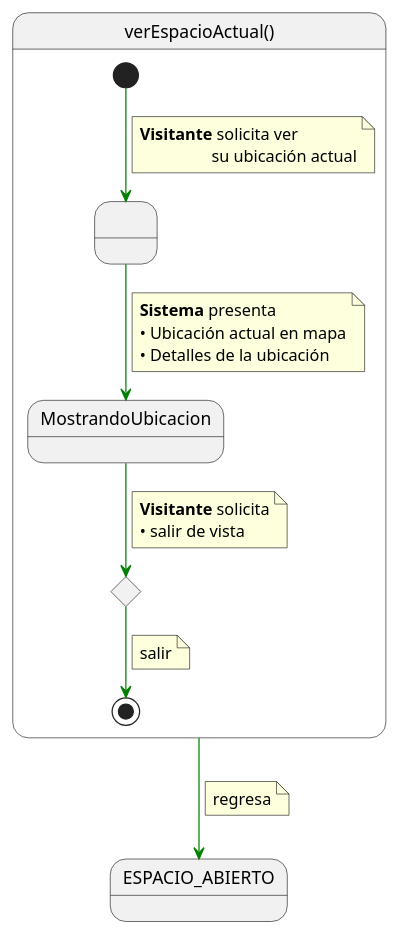
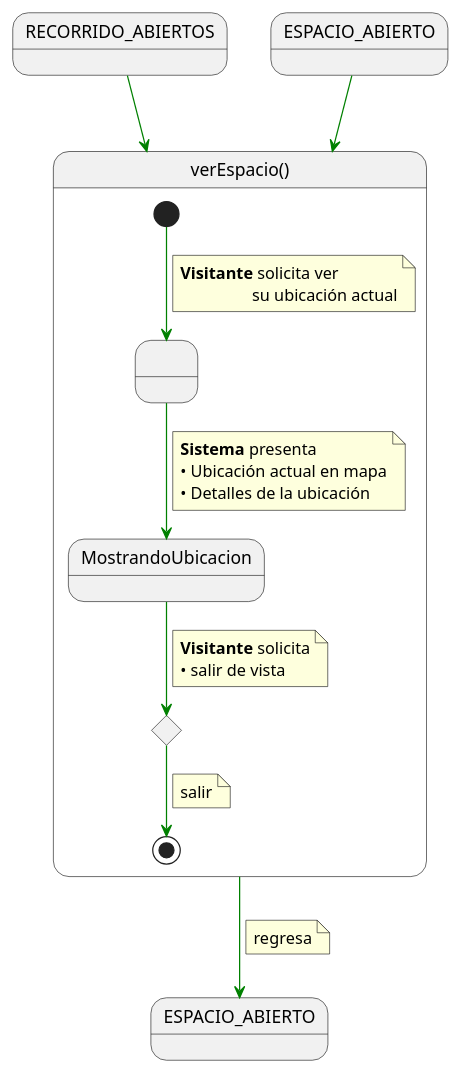
One commit to Camila-Lesly/25-26-idsw1-sdr changed the diagram in documentos/01-casoDeUso/3-DetallarCasosDeUso/1-Visitante/verEspacio/verEspacio.puml. Above: the diagram before and after it, drawn with PlantUML. The commit also changed 22 other files, not shown here.

```diff
--- a/documentos/01-casoDeUso/3-DetallarCasosDeUso/1-Visitante/verEspacio/verEspacio.puml
+++ b/documentos/01-casoDeUso/3-DetallarCasosDeUso/1-Visitante/verEspacio/verEspacio.puml
@@ -1,39 +1,45 @@
 @startuml
 skinparam linetype polyline
 
-state verEspacioActual as "verEspacioActual()" {
+
+state in1 as "RECORRIDO_ABIERTOS"
+in1 -[#green]-> verEspacio
+state in2 as "ESPACIO_ABIERTO"
+in2 -[#green]-> verEspacio
+
+state verEspacio as "verEspacio()" {
 
     state " " as olicitandoVerUbicacion
     state "MostrandoUbicacion" as MostrandoUbicacion
     state c <<choice>>
 
     [*] -[#green]-> olicitandoVerUbicacion 
     note on link
     <b>Visitante</b> solicita ver 
                      su ubicación actual
     end note    
     
     olicitandoVerUbicacion -[#green]-> MostrandoUbicacion
     note on link
     <b>Sistema</b> presenta
     • Ubicación actual en mapa
     • Detalles de la ubicación
     end note
     
     MostrandoUbicacion -[#green]-> c
     note on link
     <b>Visitante</b> solicita
     • salir de vista
     end note
     
     c -[#green]-> [*]
     note on link
     salir
     end note
 }
 
-verEspacioActual -[#green]-> ESPACIO_ABIERTO
+verEspacio -[#green]-> ESPACIO_ABIERTO
 note on link
 regresa
 end note
 @enduml
```
